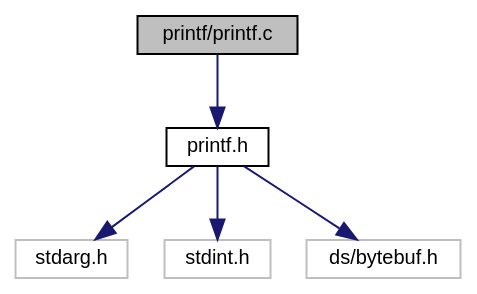
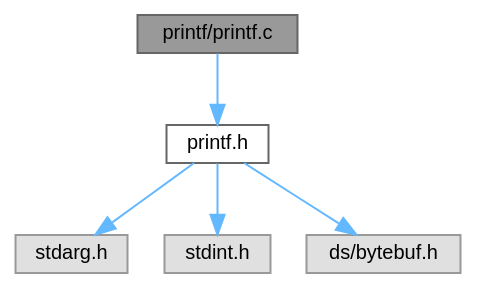
Before and after one commit to ebs-universe/piolib-printf: the diagram in printf_8c__incl.dot, drawn with Graphviz. The commit also changed 204 other files, not shown here.

```diff
--- a/printf_8c__incl.dot
+++ b/printf_8c__incl.dot
@@ -1,17 +1,17 @@
 digraph "printf/printf.c"
 {
  // INTERACTIVE_SVG=YES
  // LATEX_PDF_SIZE
   bgcolor="transparent";
-  edge [fontname="Helvetica",fontsize="10",labelfontname="Helvetica",labelfontsize="10"];
-  node [fontname="Helvetica",fontsize="10",shape=record];
-  Node1 [label="printf/printf.c",height=0.2,width=0.4,color="black", fillcolor="grey75", style="filled", fontcolor="black",tooltip="Pared down printf implementation for embedded use."];
-  Node1 -> Node2 [color="midnightblue",fontsize="10",style="solid",fontname="Helvetica"];
-  Node2 [label="printf.h",height=0.2,width=0.4,color="black",URL="$printf_8h.html",tooltip="Interface and usage of printf implementation."];
-  Node2 -> Node3 [color="midnightblue",fontsize="10",style="solid",fontname="Helvetica"];
-  Node3 [label="stdarg.h",height=0.2,width=0.4,color="grey75",tooltip=" "];
-  Node2 -> Node4 [color="midnightblue",fontsize="10",style="solid",fontname="Helvetica"];
-  Node4 [label="stdint.h",height=0.2,width=0.4,color="grey75",tooltip=" "];
-  Node2 -> Node5 [color="midnightblue",fontsize="10",style="solid",fontname="Helvetica"];
-  Node5 [label="ds/bytebuf.h",height=0.2,width=0.4,color="grey75",tooltip=" "];
+  edge [fontname=Helvetica,fontsize=10,labelfontname=Helvetica,labelfontsize=10];
+  node [fontname=Helvetica,fontsize=10,shape=box,height=0.2,width=0.4];
+  Node1 [id="Node000001",label="printf/printf.c",height=0.2,width=0.4,color="gray40", fillcolor="grey60", style="filled", fontcolor="black",tooltip="Pared down printf implementation for embedded use."];
+  Node1 -> Node2 [id="edge1_Node000001_Node000002",color="steelblue1",style="solid",tooltip=" "];
+  Node2 [id="Node000002",label="printf.h",height=0.2,width=0.4,color="grey40", fillcolor="white", style="filled",URL="$printf_8h.html",tooltip="Interface and usage of printf implementation."];
+  Node2 -> Node3 [id="edge2_Node000002_Node000003",color="steelblue1",style="solid",tooltip=" "];
+  Node3 [id="Node000003",label="stdarg.h",height=0.2,width=0.4,color="grey60", fillcolor="#E0E0E0", style="filled",tooltip=" "];
+  Node2 -> Node4 [id="edge3_Node000002_Node000004",color="steelblue1",style="solid",tooltip=" "];
+  Node4 [id="Node000004",label="stdint.h",height=0.2,width=0.4,color="grey60", fillcolor="#E0E0E0", style="filled",tooltip=" "];
+  Node2 -> Node5 [id="edge4_Node000002_Node000005",color="steelblue1",style="solid",tooltip=" "];
+  Node5 [id="Node000005",label="ds/bytebuf.h",height=0.2,width=0.4,color="grey60", fillcolor="#E0E0E0", style="filled",tooltip=" "];
 }
```
